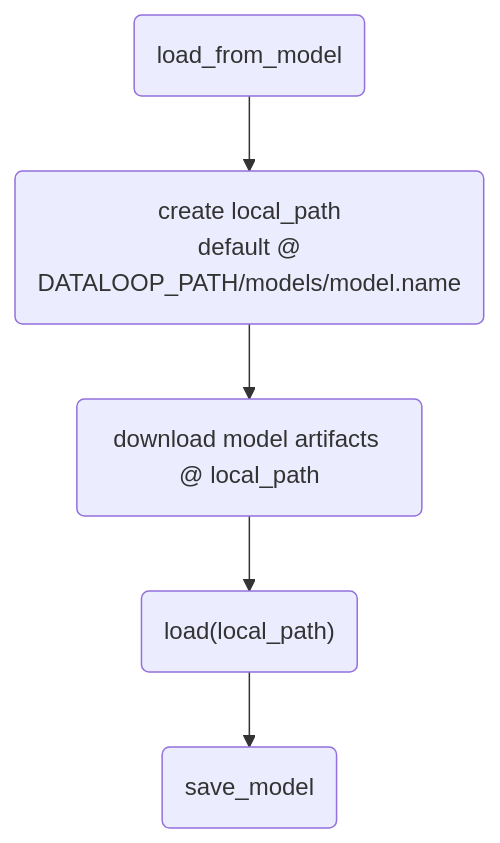
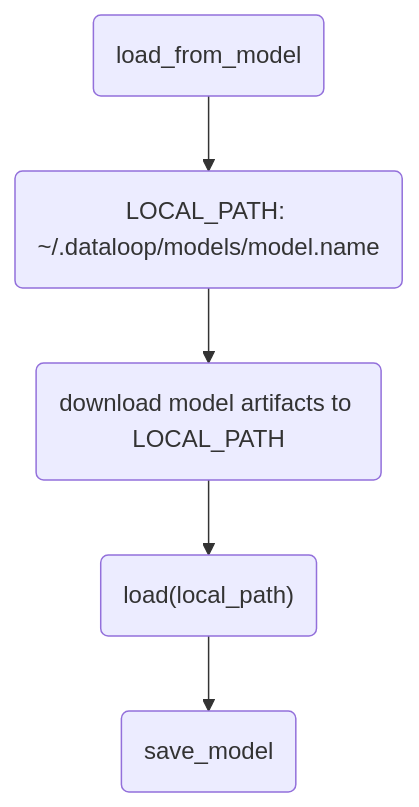
The first of 5 diagrams in docs_build/tutorials_templates/model_management/advance/model_adapter_flows/chapter.md (dataloop-ai/dtlpy-documentation), drawn with Mermaid before and after one commit. The commit also changed other lines of this file and 2 other files, not shown here.

Commit message:
model adapter flows

````diff
--- a/docs_build/tutorials_templates/model_management/advance/model_adapter_flows/chapter.md
+++ b/docs_build/tutorials_templates/model_management/advance/model_adapter_flows/chapter.md
@@ -4,8 +4,8 @@
 ```mermaid
 flowchart TD
     id1(load_from_model)-->
-    id2(create local_path\ndefault @\nDATALOOP_PATH/models/model.name)-->
-    id3(download model artifacts @ local_path)-->
+    id2(LOCAL_PATH: ~/.dataloop/models/model.name)-->
+    id3(download model artifacts to LOCAL_PATH)-->
     id4("load(local_path)")-->
     id5(save_model)
 ```
````
